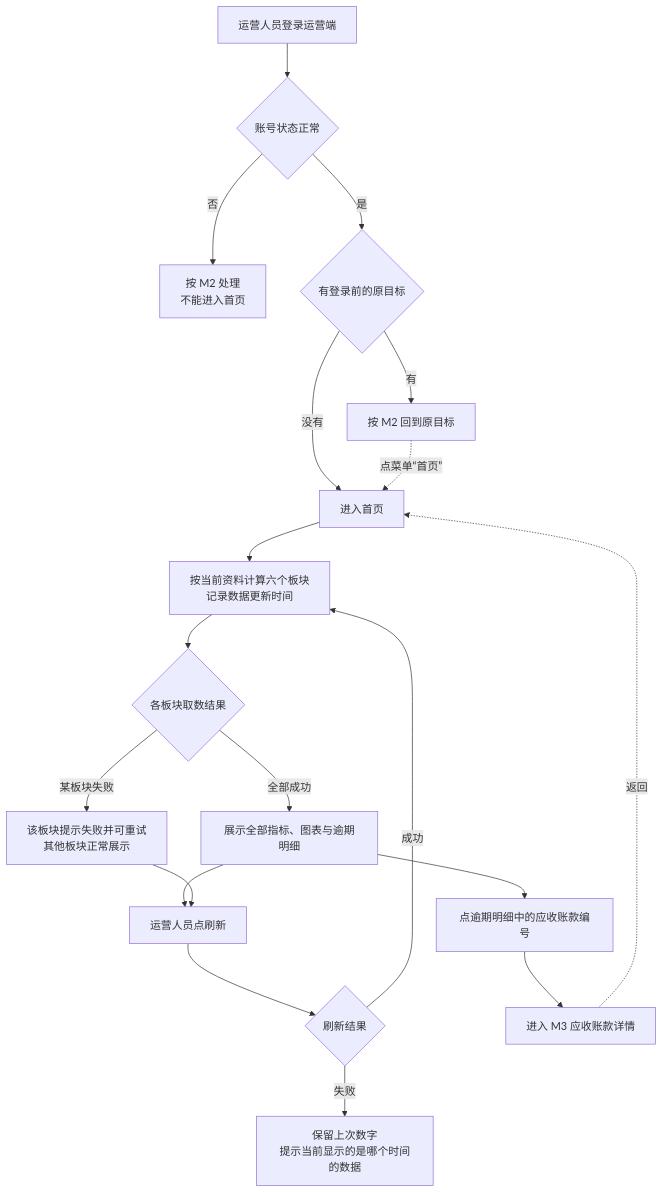
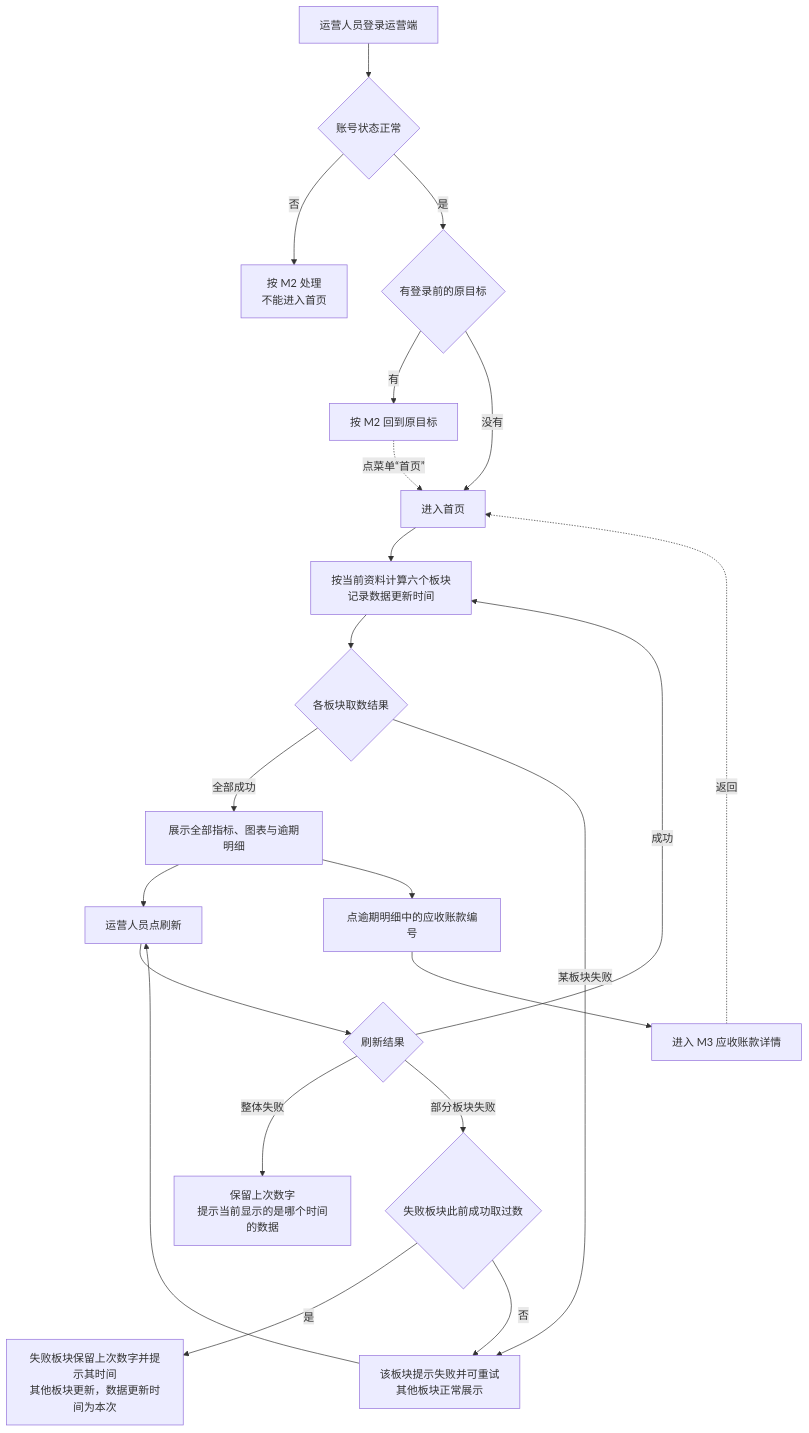
The first of 3 diagrams in asset-trust-platform/PRD/运营端/M17-运营端首页/02-运营端首页-流程图与状态机.md (wxblockchain/Chain-Financing), drawn with Mermaid before and after one commit. The commit also changed 2 other files, not shown here.

Commit message:
prd(WS-685): settle M17 eval clarifications E-Q1..E-Q5 (partial refresh failure, trend start year, unconvertible cases, contract-price notes, overdue tie order)

````diff
--- a/asset-trust-platform/PRD/运营端/M17-运营端首页/02-运营端首页-流程图与状态机.md
+++ b/asset-trust-platform/PRD/运营端/M17-运营端首页/02-运营端首页-流程图与状态机.md
@@ -16,21 +16,24 @@
 ```mermaid
 flowchart TD
     A[运营人员登录运营端] --> B{账号状态正常}
     B -->|否| C[按 M2 处理<br/>不能进入首页]
     B -->|是| D{有登录前的原目标}
     D -->|有| E[按 M2 回到原目标]
     D -->|没有| F[进入首页]
     E -.->|点菜单“首页”| F
     F --> G[按当前资料计算六个板块<br/>记录数据更新时间]
     G --> H{各板块取数结果}
     H -->|全部成功| I[展示全部指标、图表与逾期明细]
     H -->|某板块失败| J[该板块提示失败并可重试<br/>其他板块正常展示]
     I --> K[运营人员点刷新]
     J --> K
     K --> L{刷新结果}
     L -->|成功| G
-    L -->|失败| M[保留上次数字<br/>提示当前显示的是哪个时间的数据]
+    L -->|整体失败| M[保留上次数字<br/>提示当前显示的是哪个时间的数据]
+    L -->|部分板块失败| P{失败板块此前成功取过数}
+    P -->|是| Q[失败板块保留上次数字并提示其时间<br/>其他板块更新，数据更新时间为本次]
+    P -->|否| J
     I --> N[点逾期明细中的应收账款编号]
     N --> O[进入 M3 应收账款详情]
     O -.->|返回| F
 ```
````
